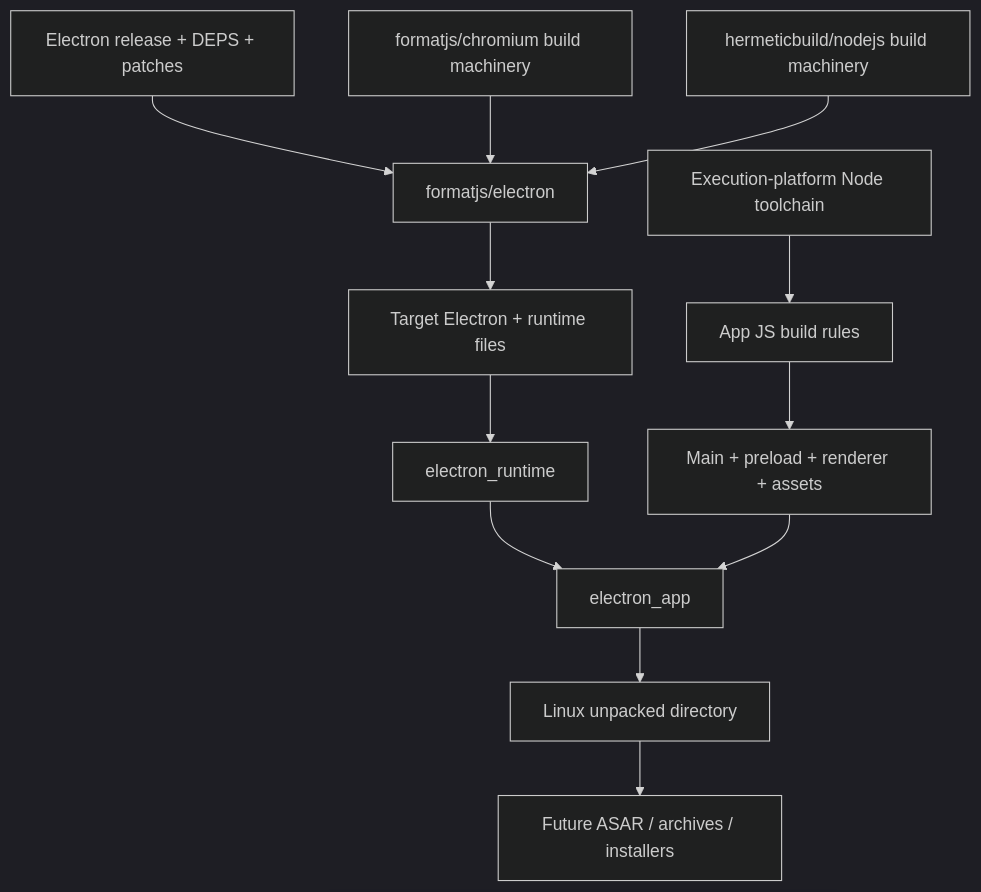
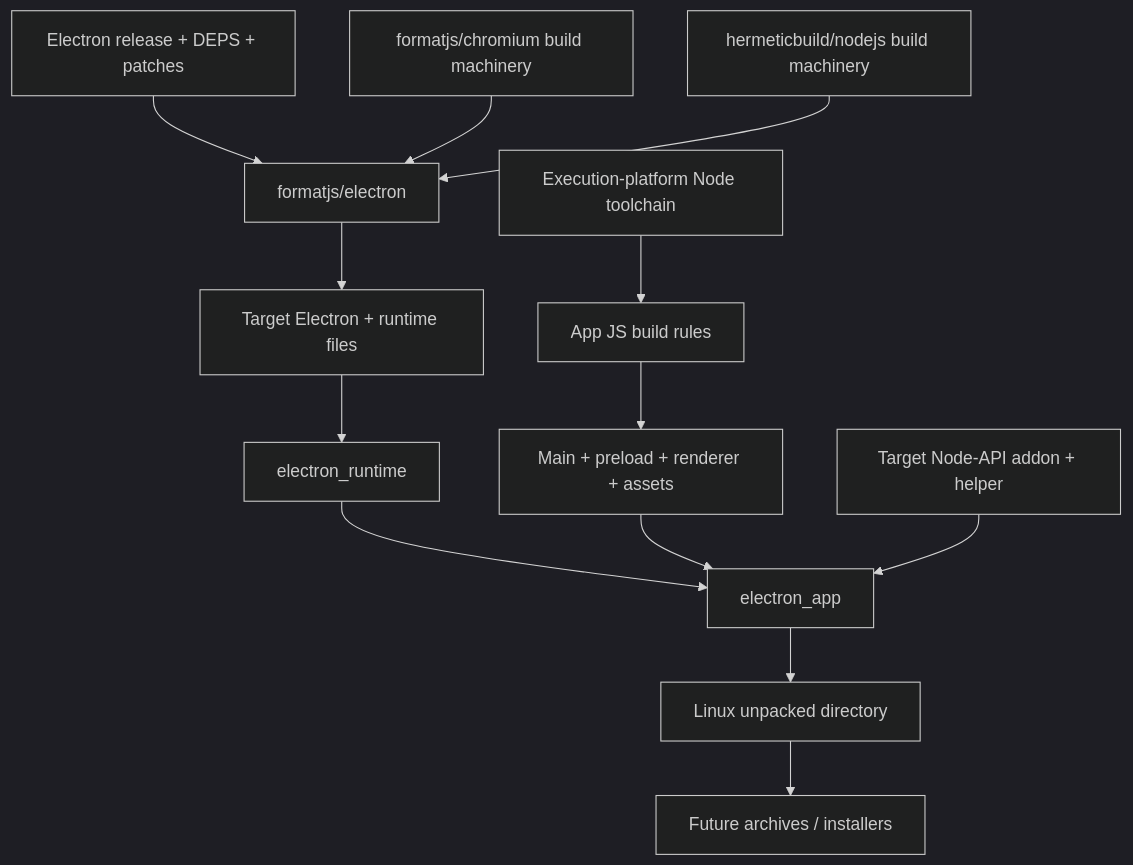
The diagram in docs/architecture.md (formatjs/rules_electron), drawn with Mermaid (dark theme) before and after one commit. The commit also changed other lines of this file and 35 other files, not shown here.

Commit message:
feat: add runnable desktop example and native ASAR packaging

````diff
--- a/docs/architecture.md
+++ b/docs/architecture.md
@@ -8,14 +8,15 @@
 ```mermaid
 flowchart TD
     Release[Electron release + DEPS + patches] --> Overlay[formatjs/electron]
     Chromium[formatjs/chromium build machinery] --> Overlay
     Node[hermeticbuild/nodejs build machinery] --> Overlay
     Overlay --> Runtime[Target Electron + runtime files]
     HostNode[Execution-platform Node toolchain] --> JS[App JS build rules]
     JS --> AppFiles[Main + preload + renderer + assets]
     Runtime --> Adapter[electron_runtime]
     Adapter --> App[electron_app]
     AppFiles --> App
+    Native[Target Node-API addon + helper] --> App
     App --> Directory[Linux unpacked directory]
-    Directory --> Future[Future ASAR / archives / installers]
+    Directory --> Future[Future archives / installers]
 ```
````
